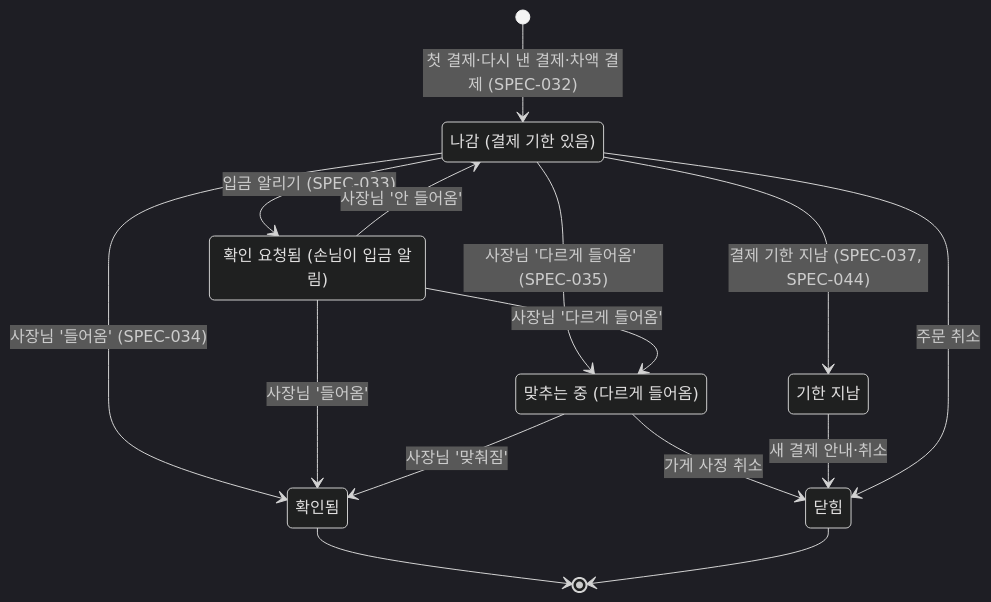
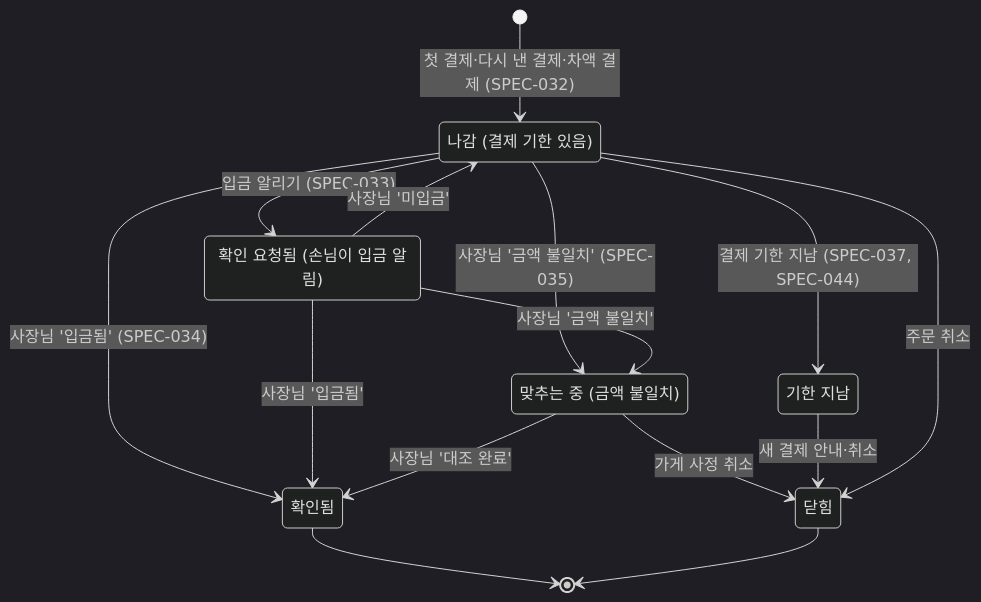
One commit to kodonghui/siljang.ai changed the third of 8 diagrams in docs/04-functional-spec/spec.md. Above: the diagram before and after it, drawn with Mermaid (dark theme). The commit also changed other lines of this file and 55 other files, not shown here.

````diff
--- a/docs/04-functional-spec/spec.md
+++ b/docs/04-functional-spec/spec.md
@@ -96,23 +96,23 @@
 ```mermaid
 stateDiagram-v2
   state "나감 (결제 기한 있음)" as open
   state "확인 요청됨 (손님이 입금 알림)" as claimed
-  state "맞추는 중 (다르게 들어옴)" as mismatch
+  state "맞추는 중 (금액 불일치)" as mismatch
   state "확인됨" as paid
   state "기한 지남" as expired
   state "닫힘" as closed
   [*] --> open: 첫 결제·다시 낸 결제·차액 결제 (SPEC-032)
   open --> claimed: 입금 알리기 (SPEC-033)
-  open --> paid: 사장님 '들어옴' (SPEC-034)
-  claimed --> paid: 사장님 '들어옴'
-  claimed --> open: 사장님 '안 들어옴'
-  open --> mismatch: 사장님 '다르게 들어옴' (SPEC-035)
-  claimed --> mismatch: 사장님 '다르게 들어옴'
-  mismatch --> paid: 사장님 '맞춰짐'
+  open --> paid: 사장님 '입금됨' (SPEC-034)
+  claimed --> paid: 사장님 '입금됨'
+  claimed --> open: 사장님 '미입금'
+  open --> mismatch: 사장님 '금액 불일치' (SPEC-035)
+  claimed --> mismatch: 사장님 '금액 불일치'
+  mismatch --> paid: 사장님 '대조 완료'
   mismatch --> closed: 가게 사정 취소
   open --> expired: 결제 기한 지남 (SPEC-037, SPEC-044)
   expired --> closed: 새 결제 안내·취소
   open --> closed: 주문 취소
   paid --> [*]
   closed --> [*]
 ```
````
